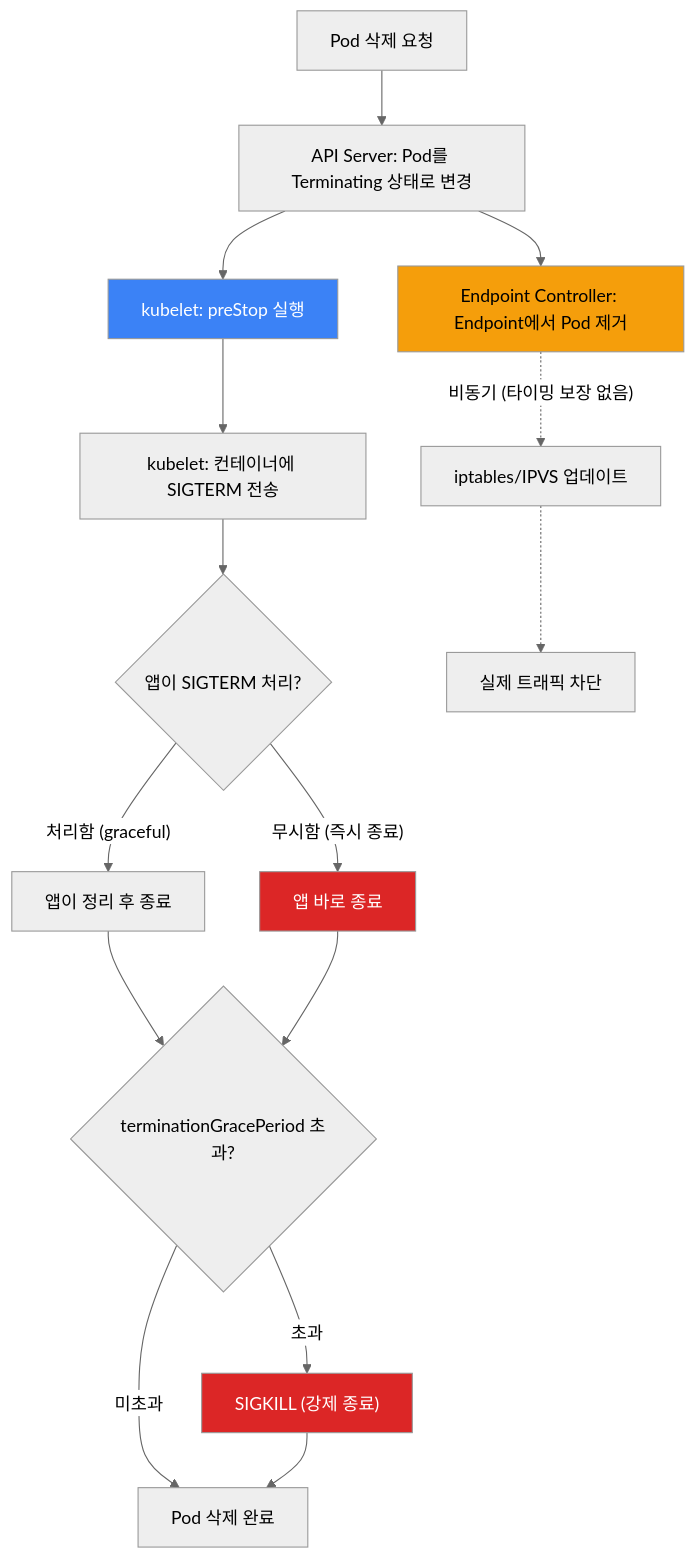
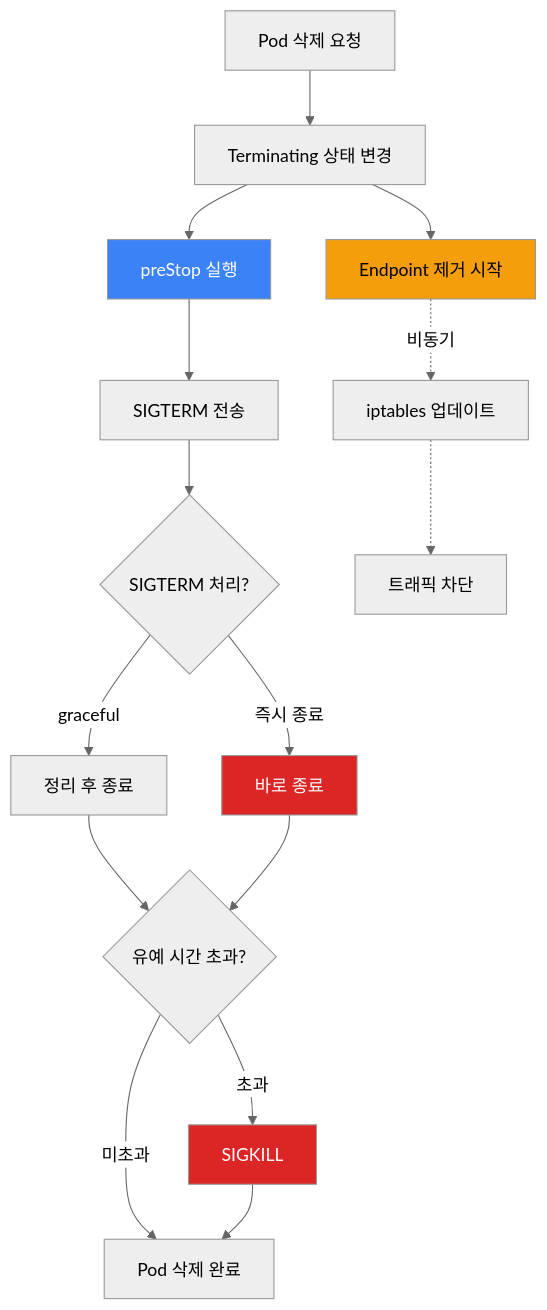
One commit to kimduksoo/duksoo-tech-blog changed the second of 2 diagrams in content/kubernetes/pod-graceful-shutdown.md. Above: the diagram before and after it, drawn with Mermaid (neutral theme).

Commit message:
fix: Mermaid 다이어그램 노드 텍스트 잘림 수정

````diff
--- a/content/kubernetes/pod-graceful-shutdown.md
+++ b/content/kubernetes/pod-graceful-shutdown.md
@@ -82,25 +82,25 @@
 ```mermaid
 flowchart TD
-    A["Pod 삭제 요청"] --> B["API Server: Pod를 Terminating 상태로 변경"]
-    B --> C1["kubelet: preStop 실행"]
-    B --> C2["Endpoint Controller: Endpoint에서 Pod 제거"]
+    A["Pod 삭제 요청"] --> B["Terminating 상태 변경"]
+    B --> C1["preStop 실행"]
+    B --> C2["Endpoint 제거 시작"]
 
-    C1 --> D["kubelet: 컨테이너에 SIGTERM 전송"]
-    D --> E{"앱이 SIGTERM 처리?"}
-    E -->|"처리함 (graceful)"| F["앱이 정리 후 종료"]
-    E -->|"무시함 (즉시 종료)"| G["앱 바로 종료"]
+    C1 --> D["SIGTERM 전송"]
+    D --> E{"SIGTERM 처리?"}
+    E -->|"graceful"| F["정리 후 종료"]
+    E -->|"즉시 종료"| G["바로 종료"]
 
-    F --> H{"terminationGracePeriod 초과?"}
+    F --> H{"유예 시간 초과?"}
     G --> H
     H -->|"미초과"| I["Pod 삭제 완료"]
-    H -->|"초과"| J["SIGKILL (강제 종료)"]
+    H -->|"초과"| J["SIGKILL"]
     J --> I
 
-    C2 -.->|"비동기 (타이밍 보장 없음)"| K["iptables/IPVS 업데이트"]
-    K -.-> L["실제 트래픽 차단"]
+    C2 -.->|"비동기"| K["iptables 업데이트"]
+    K -.-> L["트래픽 차단"]
 
     style C1 fill:#3b82f6,color:#fff
     style C2 fill:#f59e0b,color:#000
     style G fill:#dc2626,color:#fff
     style J fill:#dc2626,color:#fff
 ```
````
